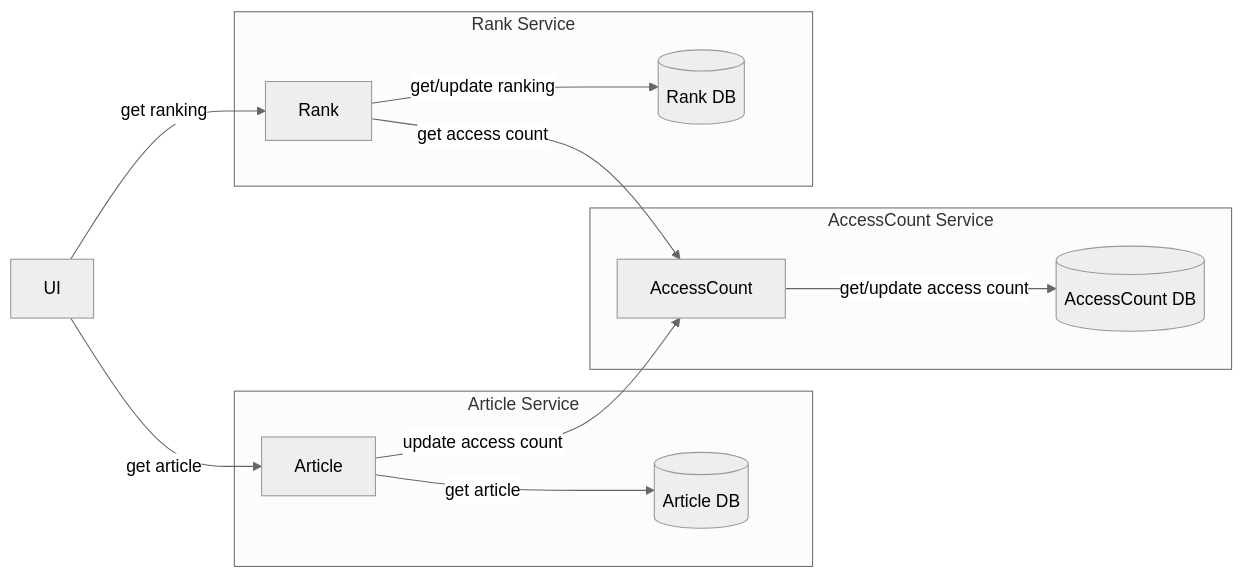
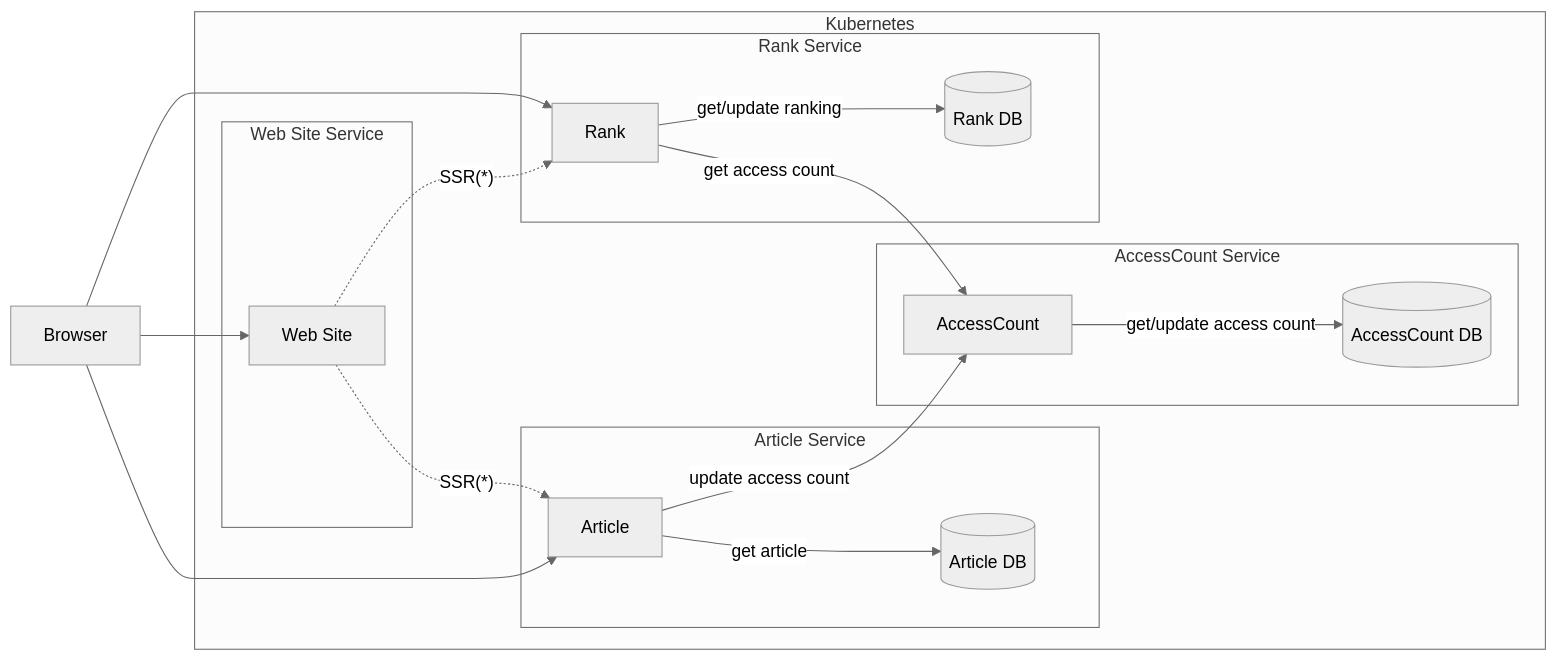
One commit to satooooshi/kubernetes-sample1 changed the first of 2 diagrams in README.md. Above: the diagram before and after it, drawn with Mermaid (neutral theme). The commit also changed other lines of this file, not shown here.

````diff
--- a/README.md
+++ b/README.md
@@ -23,17 +23,26 @@
 ```mermaid
 %% TODO make picture
 graph LR
-  ui["UI"] -- "get article" --> article["Article"]
-  ui -- "get ranking" --> rank["Rank"]
-  article -- "update access count" --> accesscount["AccessCount"]
-  rank -- "get access count" --> accesscount
-  subgraph articlesvc["Article Service"]
-    article -- "get article" --> articledb[("Article DB")]
+  browser["Browser"]
+  browser --> article
+  browser --> website
+  subgraph k8s["Kubernetes"]
+    website -. "SSR(*)" .-> article["Article"]
+    website -. "SSR(*)" .-> rank["Rank"]
+    subgraph websitesvc["Web Site Service"]
+      website["Web Site"]
+    end
+    article -- "update access count" --> accesscount["AccessCount"]
+    rank -- "get access count" --> accesscount
+    subgraph articlesvc["Article Service"]
+      article -- "get article" --> articledb[("Article DB")]
+    end
+    subgraph accesscountsvc["AccessCount Service"]
+      accesscount -- "get/update access count" --> accesscountdb[("AccessCount DB")]
+    end
+    subgraph ranksvc["Rank Service"]
+      rank -- "get/update ranking" --> rankdb[("Rank DB")]
+    end
   end
-  subgraph accesscountsvc["AccessCount Service"]
-    accesscount -- "get/update access count" --> accesscountdb[("AccessCount DB")]
-  end
-  subgraph ranksvc["Rank Service"]
-    rank -- "get/update ranking" --> rankdb[("Rank DB")]
-  end
+  browser --> rank
 ```
````
